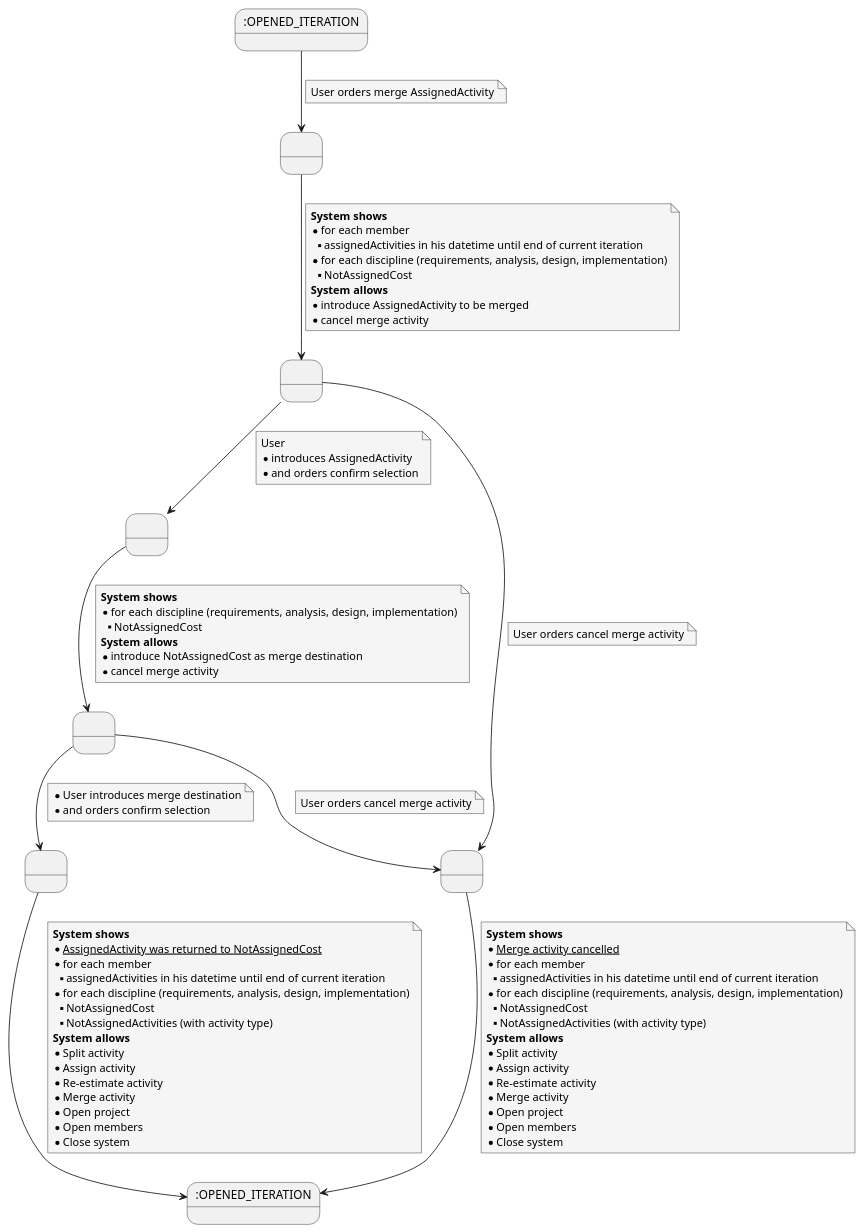
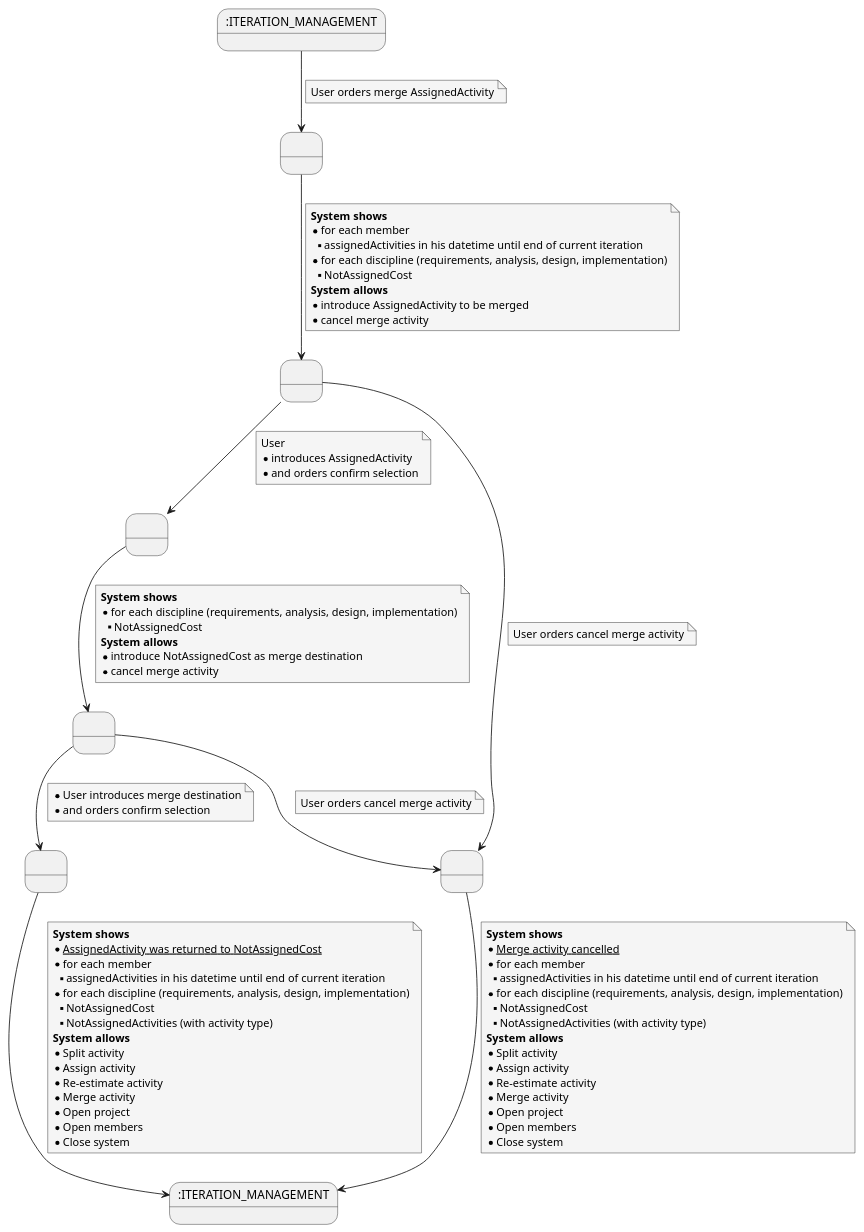
Before and after one commit to rup-projects/rup-projects: the diagram in documentation/diagrams/usecases/specifications/disciplines/MergeActitivy.puml, drawn with PlantUML. The commit also changed 16 other files, not shown here.

Commit message:
cambiamos de nombre OPENED por MANAGEMENT

```diff
--- a/documentation/diagrams/usecases/specifications/disciplines/MergeActitivy.puml
+++ b/documentation/diagrams/usecases/specifications/disciplines/MergeActitivy.puml
@@ -1,104 +1,104 @@
 @startuml
 
 skinparam {
     NoteBackgroundColor #whiteSmoke
 }
 
-    state 0 as ":OPENED_ITERATION"
+    state 0 as ":ITERATION_MANAGEMENT"
     state 1 as " "
     state 5 as " "
     state 13 as " "
     state 14 as " "
     state 20 as " "
     state 15 as " "
-    state 12 as ":OPENED_ITERATION"
+    state 12 as ":ITERATION_MANAGEMENT"
 
     0 --> 1
     note on link
         User orders merge AssignedActivity
     end note
 
     1 --> 13
     note on link
     <b>System shows</b>
     * for each member
     **assignedActivities in his datetime until end of current iteration
     * for each discipline (requirements, analysis, design, implementation)
     ** NotAssignedCost
     <b>System allows</b>
     * introduce AssignedActivity to be merged
     * cancel merge activity
     end note
 
     13 --> 5
     note on link
         User
         * introduces AssignedActivity
         * and orders confirm selection
     end note
 
     13 --> 20
     note on link
         User orders cancel merge activity
     end note
 
     5 --> 14
     note on link
     <b>System shows</b>
     * for each discipline (requirements, analysis, design, implementation)
     ** NotAssignedCost
     <b>System allows</b>
     * introduce NotAssignedCost as merge destination
     * cancel merge activity
     end note
 
     14 --> 20
     note on link
         User orders cancel merge activity
     end note
 
     14 -down-> 15
     note on link
         * User introduces merge destination
         * and orders confirm selection
     end note
 
     20 --> 12
     note on link
          <b>System shows</b>
          * __Merge activity cancelled__
          * for each member
          **assignedActivities in his datetime until end of current iteration
          * for each discipline (requirements, analysis, design, implementation)
          ** NotAssignedCost
          ** NotAssignedActivities (with activity type)
          <b>System allows</b>
          * Split activity
          * Assign activity
          * Re-estimate activity
          * Merge activity
          * Open project
          * Open members
          * Close system
     end note
 
 
     15 --> 12
     note on link
      <b>System shows</b>
      * __AssignedActivity was returned to NotAssignedCost__
      * for each member
      **assignedActivities in his datetime until end of current iteration
      * for each discipline (requirements, analysis, design, implementation)
      ** NotAssignedCost
      ** NotAssignedActivities (with activity type)
      <b>System allows</b>
      * Split activity
      * Assign activity
      * Re-estimate activity
      * Merge activity
      * Open project
      * Open members
      * Close system
      end note
 @enduml
```
